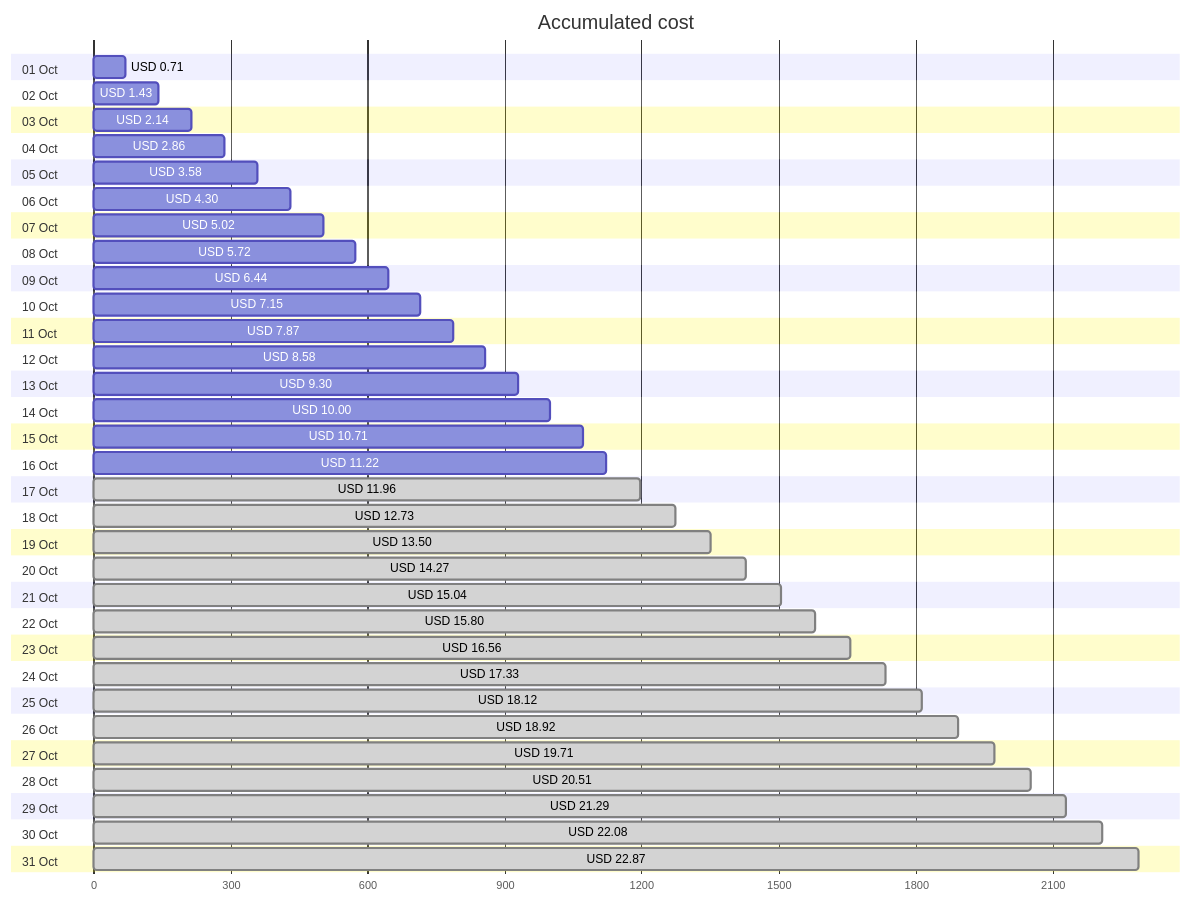
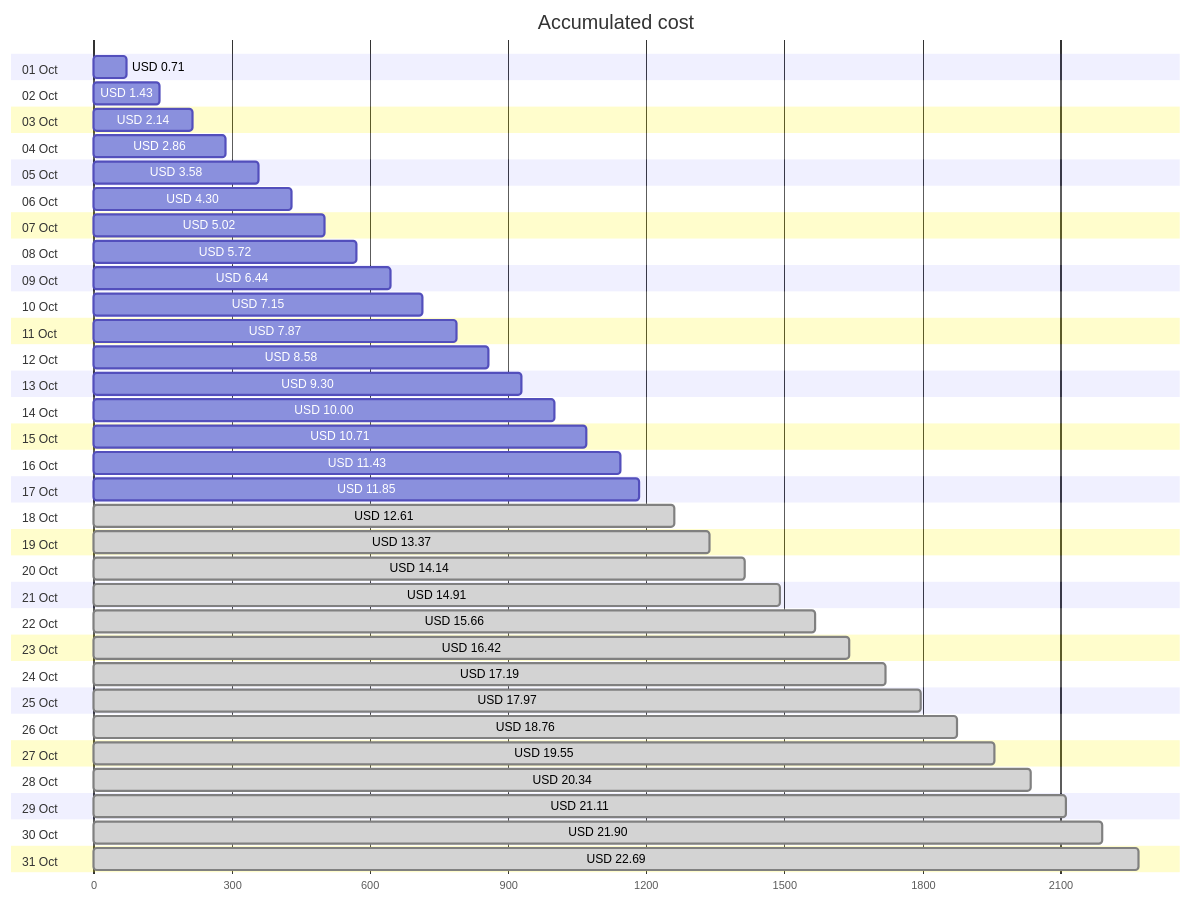
The first of 4 diagrams in cost-reports/personal-network/backup-server-data-disk.md (jpfulton/azure-personal-reports), drawn with Mermaid before and after one commit. The commit also changed other lines of this file and 8 other files, not shown here.

````diff
--- a/cost-reports/personal-network/backup-server-data-disk.md
+++ b/cost-reports/personal-network/backup-server-data-disk.md
@@ -20,68 +20,68 @@
 ```mermaid
 gantt
    title Accumulated cost
    dateFormat  X
    axisFormat %s
    section 01 Oct
    USD 0.71 :0, 71
    section 02 Oct
    USD 1.43 :0, 143
    section 03 Oct
    USD 2.14 :0, 214
    section 04 Oct
    USD 2.86 :0, 286
    section 05 Oct
    USD 3.58 :0, 358
    section 06 Oct
    USD 4.30 :0, 430
    section 07 Oct
    USD 5.02 :0, 502
    section 08 Oct
    USD 5.72 :0, 572
    section 09 Oct
    USD 6.44 :0, 644
    section 10 Oct
    USD 7.15 :0, 715
    section 11 Oct
    USD 7.87 :0, 787
    section 12 Oct
    USD 8.58 :0, 858
    section 13 Oct
    USD 9.30 :0, 930
    section 14 Oct
    USD 10.00 :0, 1000
    section 15 Oct
    USD 10.71 :0, 1071
    section 16 Oct
-   USD 11.22 :0, 1122
+   USD 11.43 :0, 1143
    section 17 Oct
-   USD 11.96 : done, 0, 1196
+   USD 11.85 :0, 1185
    section 18 Oct
-   USD 12.73 : done, 0, 1273
+   USD 12.61 : done, 0, 1261
    section 19 Oct
-   USD 13.50 : done, 0, 1350
+   USD 13.37 : done, 0, 1337
    section 20 Oct
-   USD 14.27 : done, 0, 1427
+   USD 14.14 : done, 0, 1414
    section 21 Oct
-   USD 15.04 : done, 0, 1504
+   USD 14.91 : done, 0, 1491
    section 22 Oct
-   USD 15.80 : done, 0, 1580
+   USD 15.66 : done, 0, 1566
    section 23 Oct
-   USD 16.56 : done, 0, 1656
+   USD 16.42 : done, 0, 1642
    section 24 Oct
-   USD 17.33 : done, 0, 1733
+   USD 17.19 : done, 0, 1719
    section 25 Oct
-   USD 18.12 : done, 0, 1812
+   USD 17.97 : done, 0, 1797
    section 26 Oct
-   USD 18.92 : done, 0, 1892
+   USD 18.76 : done, 0, 1876
    section 27 Oct
-   USD 19.71 : done, 0, 1971
+   USD 19.55 : done, 0, 1955
    section 28 Oct
-   USD 20.51 : done, 0, 2051
+   USD 20.34 : done, 0, 2034
    section 29 Oct
-   USD 21.29 : done, 0, 2129
+   USD 21.11 : done, 0, 2111
    section 30 Oct
-   USD 22.08 : done, 0, 2208
+   USD 21.90 : done, 0, 2190
    section 31 Oct
-   USD 22.87 : done, 0, 2287
+   USD 22.69 : done, 0, 2269
 ```
````
